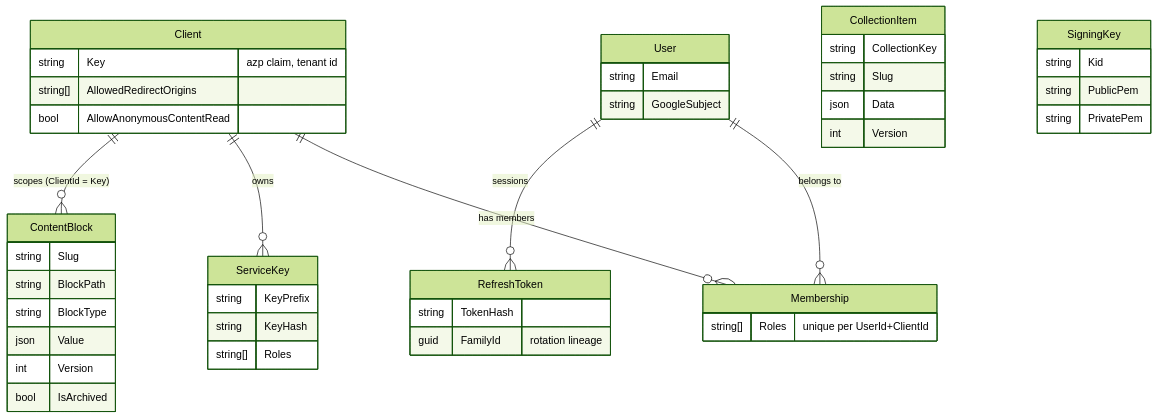
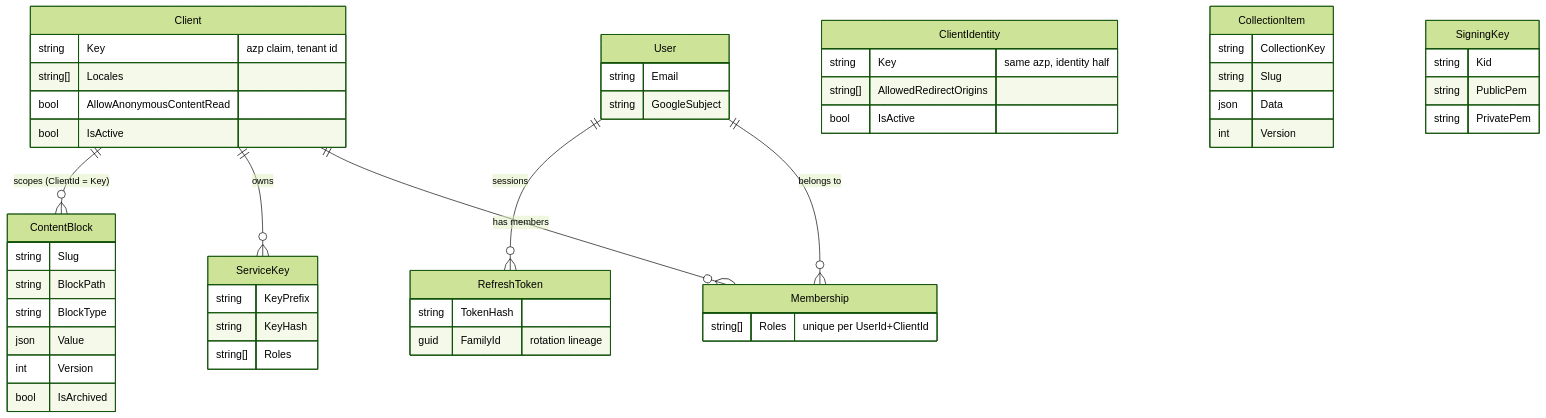
Before and after one commit to fatiihnaz/inscribed-dotnet: the second of 2 diagrams in README.md, drawn with Mermaid (forest theme). The commit also changed other lines of this file and 38 other files, not shown here.

````diff
--- a/README.md
+++ b/README.md
@@ -314,49 +325,55 @@
 ```mermaid
 erDiagram
     Client ||--o{ Membership : "has members"
     User ||--o{ Membership : "belongs to"
     Client ||--o{ ServiceKey : "owns"
     User ||--o{ RefreshToken : "sessions"
     Client ||--o{ ContentBlock : "scopes (ClientId = Key)"
 
     Client {
         string Key "azp claim, tenant id"
+        string[] Locales
+        bool AllowAnonymousContentRead
+        bool IsActive
+    }
+    ClientIdentity {
+        string Key "same azp, identity half"
         string[] AllowedRedirectOrigins
-        bool AllowAnonymousContentRead
+        bool IsActive
     }
     User {
         string Email
         string GoogleSubject
     }
     Membership {
         string[] Roles "unique per UserId+ClientId"
     }
     RefreshToken {
         string TokenHash
         guid FamilyId "rotation lineage"
     }
     ServiceKey {
         string KeyPrefix
         string KeyHash
         string[] Roles
     }
     ContentBlock {
         string Slug
         string BlockPath
         string BlockType
         json Value
         int Version
         bool IsArchived
     }
     CollectionItem {
         string CollectionKey
         string Slug
         json Data
         int Version
     }
     SigningKey {
         string Kid
         string PublicPem
         string PrivatePem
     }
 ```
````
